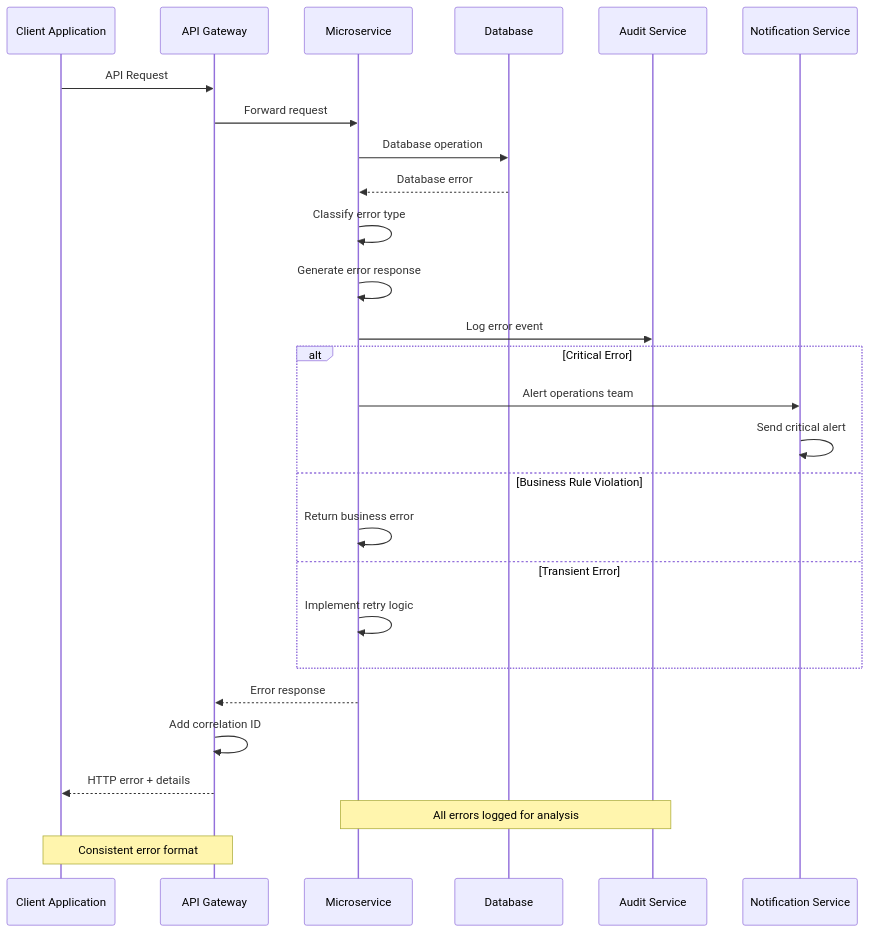
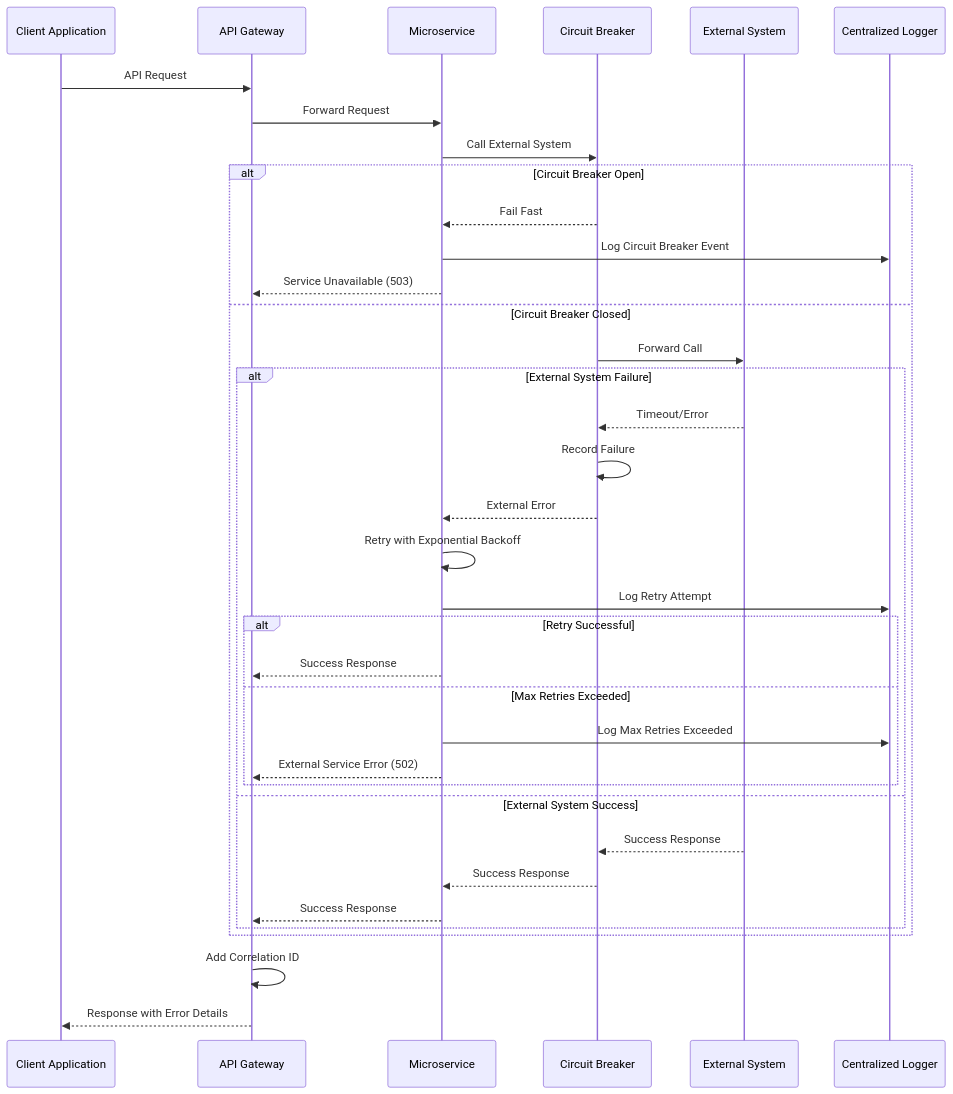
One commit to ThapaswiASC/SCIB-INCEPTION-PHASE-DEMO changed the seventh of 8 diagrams in API Development/Components and Sequence Diagrams/sequence_diagram.md. Above: the diagram before and after it, drawn with Mermaid. The commit also changed other lines of this file and 1 other file, not shown here.

````diff
--- a/API Development/Components and Sequence Diagrams/sequence_diagram.md
+++ b/API Development/Components and Sequence Diagrams/sequence_diagram.md
@@ -268,34 +301,45 @@
 ```mermaid
 sequenceDiagram
     participant Client as Client Application
     participant APIGateway as API Gateway
     participant Service as Microservice
-    participant Database as Database
-    participant AuditSvc as Audit Service
-    participant NotificationSvc as Notification Service
-
+    participant CircuitBreaker as Circuit Breaker
+    participant ExternalSystem as External System
+    participant Logger as Centralized Logger
+    
     Client->>APIGateway: API Request
-    APIGateway->>Service: Forward request
-    Service->>Database: Database operation
-    Database-->>Service: Database error
+    APIGateway->>Service: Forward Request
+    Service->>CircuitBreaker: Call External System
     
-    Service->>Service: Classify error type
-    Service->>Service: Generate error response
-    Service->>AuditSvc: Log error event
-    
-    alt Critical Error
-        Service->>NotificationSvc: Alert operations team
-        NotificationSvc->>NotificationSvc: Send critical alert
-    else Business Rule Violation
-        Service->>Service: Return business error
-    else Transient Error
-        Service->>Service: Implement retry logic
+    alt Circuit Breaker Open
+        CircuitBreaker-->>Service: Fail Fast
+        Service->>Logger: Log Circuit Breaker Event
+        Service-->>APIGateway: Service Unavailable (503)
+        
+    else Circuit Breaker Closed
+        CircuitBreaker->>ExternalSystem: Forward Call
+        
+        alt External System Failure
+            ExternalSystem-->>CircuitBreaker: Timeout/Error
+            CircuitBreaker->>CircuitBreaker: Record Failure
+            CircuitBreaker-->>Service: External Error
+            Service->>Service: Retry with Exponential Backoff
+            Service->>Logger: Log Retry Attempt
+            
+            alt Retry Successful
+                Service-->>APIGateway: Success Response
+            else Max Retries Exceeded
+                Service->>Logger: Log Max Retries Exceeded
+                Service-->>APIGateway: External Service Error (502)
+            end
+            
+        else External System Success
+            ExternalSystem-->>CircuitBreaker: Success Response
+            CircuitBreaker-->>Service: Success Response
+            Service-->>APIGateway: Success Response
+        end
     end
     
-    Service-->>APIGateway: Error response
-    APIGateway->>APIGateway: Add correlation ID
-    APIGateway-->>Client: HTTP error + details
-    
-    Note over Service,AuditSvc: All errors logged for analysis
-    Note over APIGateway,Client: Consistent error format
+    APIGateway->>APIGateway: Add Correlation ID
+    APIGateway-->>Client: Response with Error Details
 ```
````
